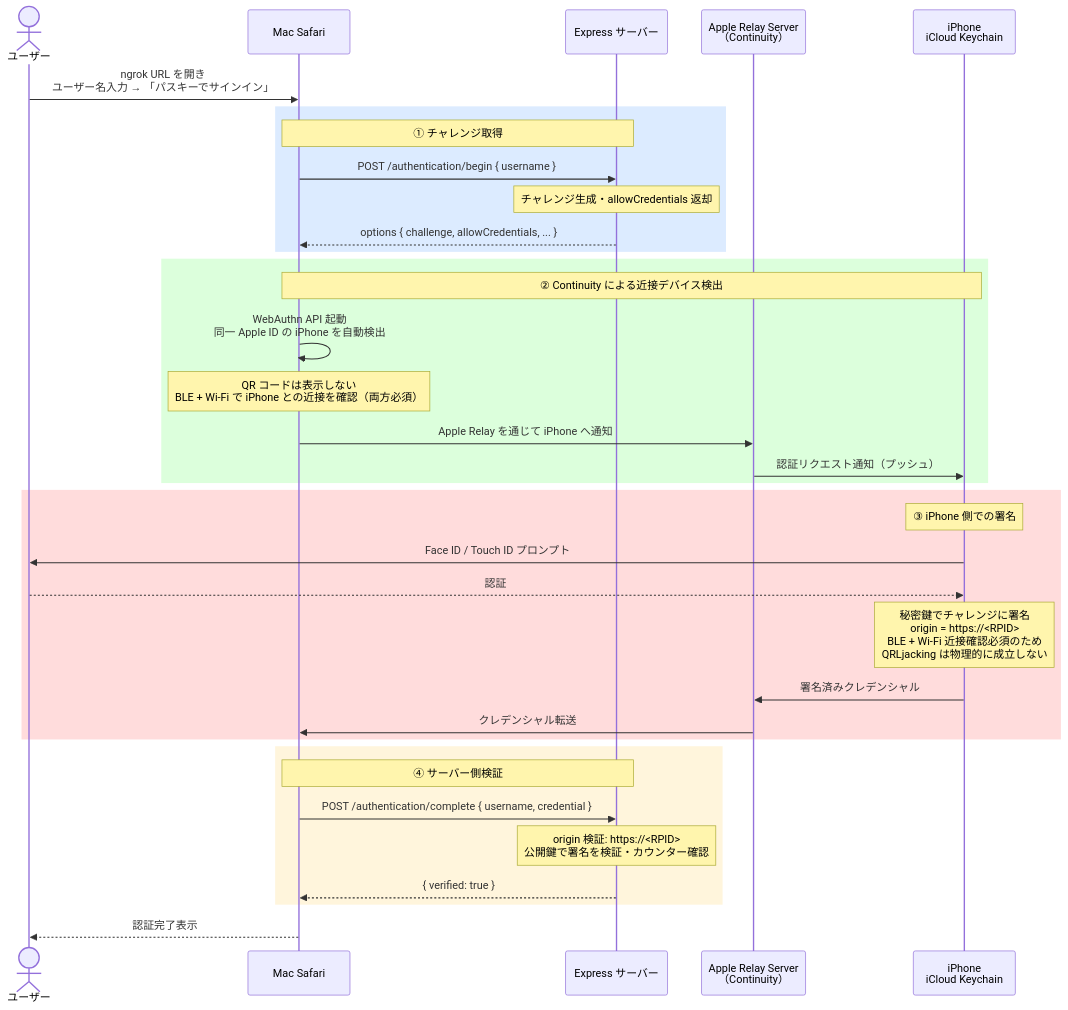
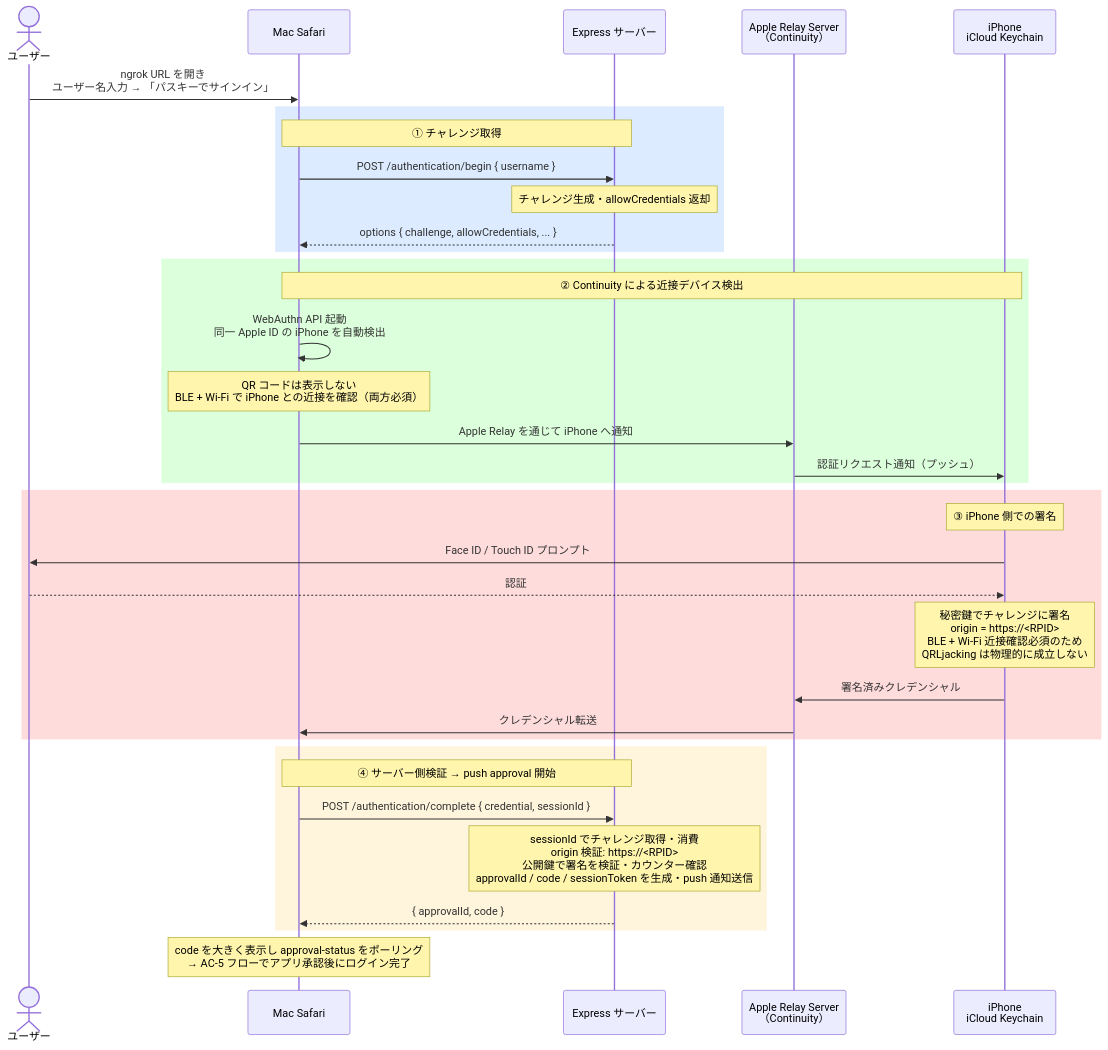
Before and after one commit to taka1226s/passkey-poc: the eighth of 8 diagrams in README.md, drawn with Mermaid. The commit also changed other lines of this file and 21 other files, not shown here.

````diff
--- a/README.md
+++ b/README.md
@@ -569,43 +670,43 @@
 ```mermaid
 sequenceDiagram
     actor User as ユーザー
     participant Safari as Mac Safari
     participant Server as Express サーバー
     participant ATS as Apple Relay Server<br/>（Continuity）
     participant iPhone as iPhone<br/>iCloud Keychain
 
     User->>Safari: ngrok URL を開き<br/>ユーザー名入力 → 「パスキーでサインイン」
 
     rect rgb(220, 235, 255)
         Note over Safari,Server: ① チャレンジ取得
         Safari->>Server: POST /authentication/begin { username }
         Note over Server: チャレンジ生成・allowCredentials 返却
         Server-->>Safari: options { challenge, allowCredentials, ... }
     end
 
     rect rgb(220, 255, 220)
         Note over Safari,iPhone: ② Continuity による近接デバイス検出
         Safari->>Safari: WebAuthn API 起動<br/>同一 Apple ID の iPhone を自動検出
         Note over Safari: QR コードは表示しない<br/>BLE + Wi-Fi で iPhone との近接を確認（両方必須）
         Safari->>ATS: Apple Relay を通じて iPhone へ通知
         ATS->>iPhone: 認証リクエスト通知（プッシュ）
     end
 
     rect rgb(255, 220, 220)
         Note over iPhone: ③ iPhone 側での署名
         iPhone->>User: Face ID / Touch ID プロンプト
         User-->>iPhone: 認証
         Note over iPhone: 秘密鍵でチャレンジに署名<br/>origin = https://<RPID><br/>BLE + Wi-Fi 近接確認必須のため<br/>QRLjacking は物理的に成立しない
         iPhone->>ATS: 署名済みクレデンシャル
         ATS->>Safari: クレデンシャル転送
     end
 
     rect rgb(255, 245, 220)
-        Note over Safari,Server: ④ サーバー側検証
-        Safari->>Server: POST /authentication/complete { username, credential }
-        Note over Server: origin 検証: https://<RPID><br/>公開鍵で署名を検証・カウンター確認
-        Server-->>Safari: { verified: true }
+        Note over Safari,Server: ④ サーバー側検証 → push approval 開始
+        Safari->>Server: POST /authentication/complete { credential, sessionId }
+        Note over Server: sessionId でチャレンジ取得・消費<br/>origin 検証: https://<RPID><br/>公開鍵で署名を検証・カウンター確認<br/>approvalId / code / sessionToken を生成・push 通知送信
+        Server-->>Safari: { approvalId, code }
     end
 
-    Safari-->>User: 認証完了表示
+    Note over Safari: code を大きく表示し approval-status をポーリング<br/>→ AC-5 フローでアプリ承認後にログイン完了
 ```
````
